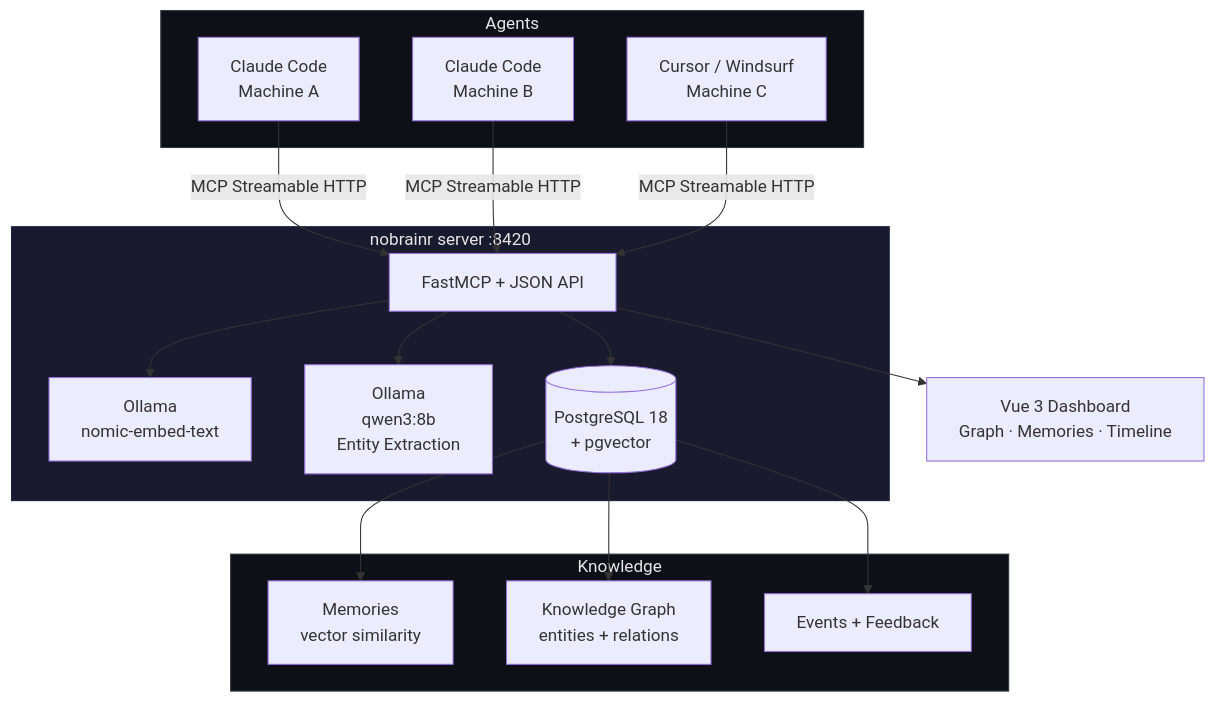
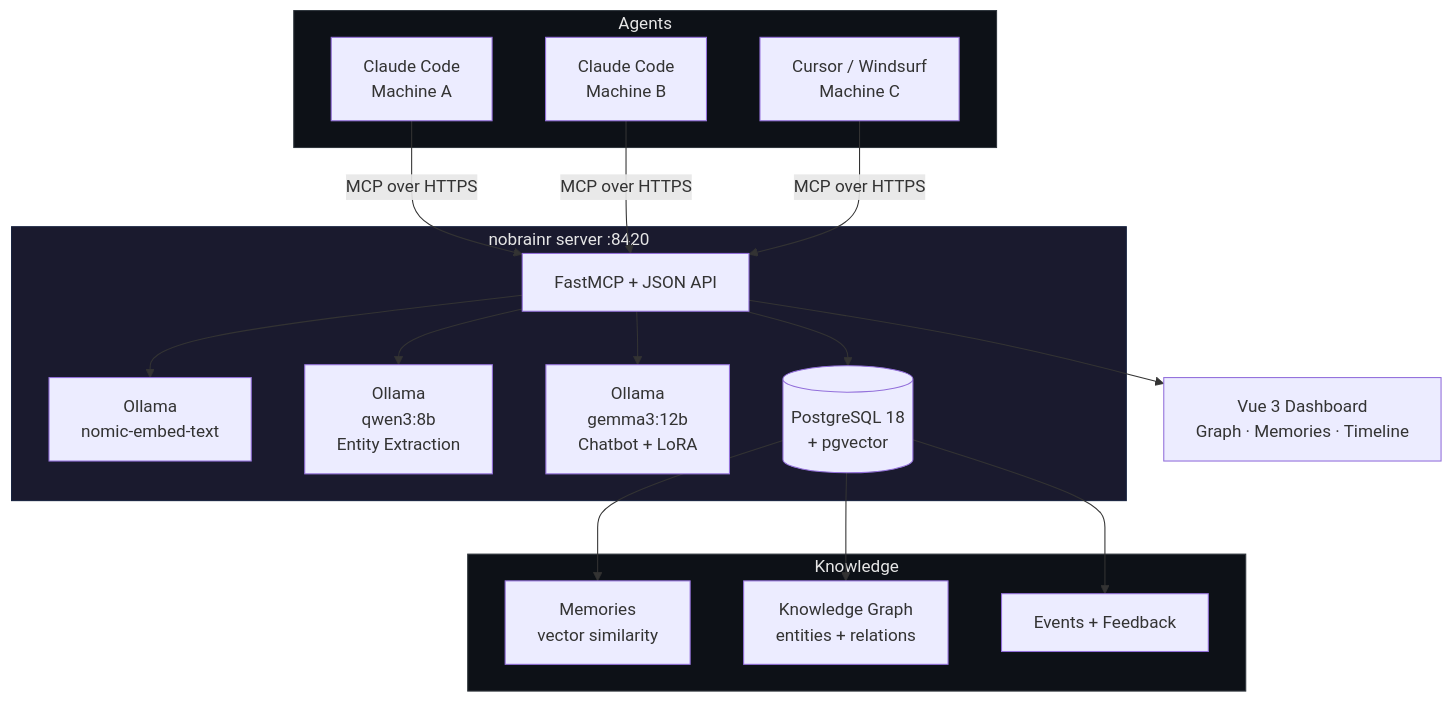
The diagram in README.md (vicquick/nobrainr), drawn with Mermaid before and after one commit. The commit also changed other lines of this file and 5 other files, not shown here.

````diff
--- a/README.md
+++ b/README.md
@@ -32,29 +32,30 @@
 ```mermaid
 graph TB
     subgraph Agents
         A1[Claude Code<br/>Machine A]
         A2[Claude Code<br/>Machine B]
         A3[Cursor / Windsurf<br/>Machine C]
     end
 
-    A1 & A2 & A3 -->|MCP Streamable HTTP| NB
+    A1 & A2 & A3 -->|MCP over HTTPS| NB
 
     subgraph nobrainr [nobrainr server :8420]
         NB[FastMCP + JSON API]
         NB --> EMB[Ollama<br/>nomic-embed-text]
         NB --> EXT[Ollama<br/>qwen3:8b<br/>Entity Extraction]
+        NB --> CHAT[Ollama<br/>gemma3:12b<br/>Chatbot + LoRA]
         NB --> PG[(PostgreSQL 18<br/>+ pgvector)]
     end
 
     subgraph Storage [Knowledge]
         PG --> MEM[Memories<br/>vector similarity]
         PG --> KG[Knowledge Graph<br/>entities + relations]
         PG --> EVT[Events + Feedback]
     end
 
     NB --> DASH[Vue 3 Dashboard<br/>Graph · Memories · Timeline]
 
     style nobrainr fill:#1a1a2e,stroke:#16213e,color:#e6e6e6
     style Agents fill:#0d1117,stroke:#30363d,color:#e6e6e6
     style Storage fill:#0d1117,stroke:#30363d,color:#e6e6e6
 ```
````
